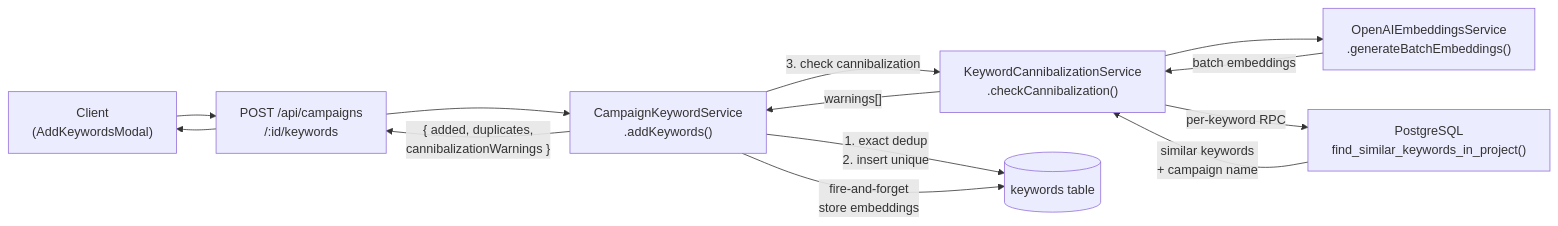
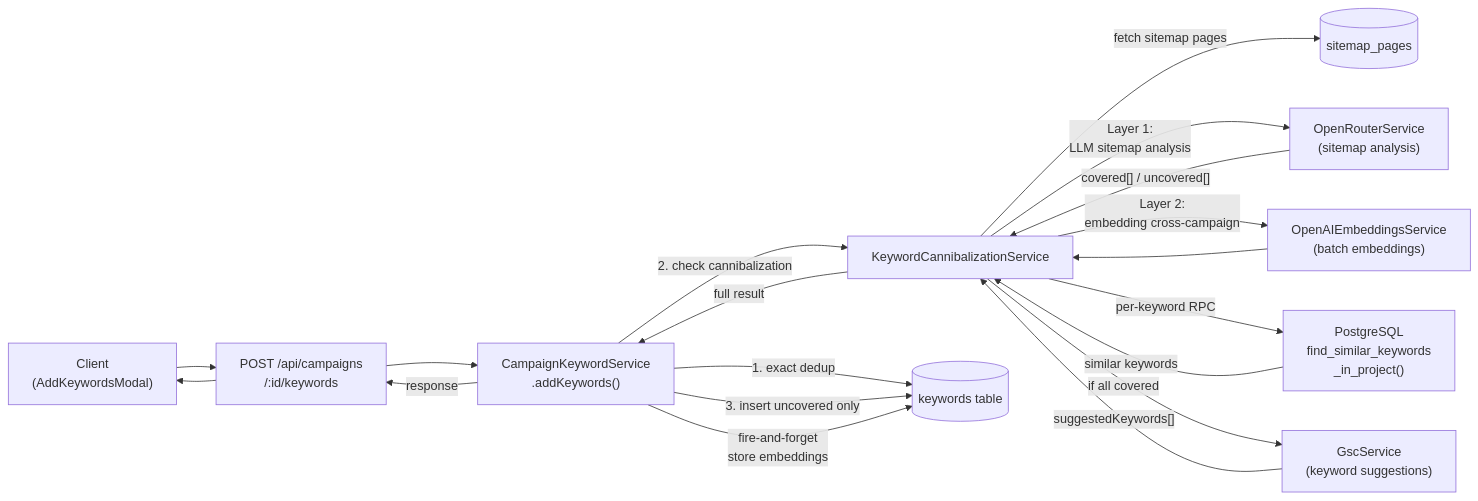
The first of 3 diagrams in docs/PRDs/keyword-cannibalization-prevention.md (ColdstartLabs-ca/astro-saas-boilerplate), drawn with Mermaid before and after one commit. The commit also changed other lines of this file and 39 other files, not shown here.

````diff
--- a/docs/PRDs/keyword-cannibalization-prevention.md
+++ b/docs/PRDs/keyword-cannibalization-prevention.md
@@ -107,21 +138,30 @@
 ```mermaid
 flowchart LR
     Client["Client\n(AddKeywordsModal)"]
     API["POST /api/campaigns\n/:id/keywords"]
     KWS["CampaignKeywordService\n.addKeywords()"]
-    CAS["KeywordCannibalizationService\n.checkCannibalization()"]
-    OAI["OpenAIEmbeddingsService\n.generateBatchEmbeddings()"]
-    PG["PostgreSQL\nfind_similar_keywords_in_project()"]
+    CAS["KeywordCannibalizationService"]
+    LLM["OpenRouterService\n(sitemap analysis)"]
+    OAI["OpenAIEmbeddingsService\n(batch embeddings)"]
+    PG["PostgreSQL\nfind_similar_keywords\n_in_project()"]
+    GSC["GscService\n(keyword suggestions)"]
+    SP[(sitemap_pages)]
     DB[(keywords table)]
 
     Client --> API --> KWS
-    KWS -->|"1. exact dedup\n2. insert unique"| DB
-    KWS -->|"3. check cannibalization"| CAS
-    CAS --> OAI
-    OAI -->|"batch embeddings"| CAS
+    KWS -->|"1. exact dedup"| DB
+    KWS -->|"2. check cannibalization"| CAS
+    CAS -->|"fetch sitemap pages"| SP
+    CAS -->|"Layer 1:\nLLM sitemap analysis"| LLM
+    LLM -->|"covered[] / uncovered[]"| CAS
+    CAS -->|"Layer 2:\nembedding cross-campaign"| OAI
+    OAI --> CAS
     CAS -->|"per-keyword RPC"| PG
-    PG -->|"similar keywords\n+ campaign name"| CAS
-    CAS -->|"warnings[]"| KWS
+    PG -->|"similar keywords"| CAS
+    CAS -->|"if all covered"| GSC
+    GSC -->|"suggestedKeywords[]"| CAS
+    CAS -->|"full result"| KWS
+    KWS -->|"3. insert uncovered only"| DB
     KWS -->|"fire-and-forget\nstore embeddings"| DB
-    KWS -->|"{ added, duplicates,\ncannibalizationWarnings }"| API --> Client
+    KWS -->|"response"| API --> Client
 ```
````
